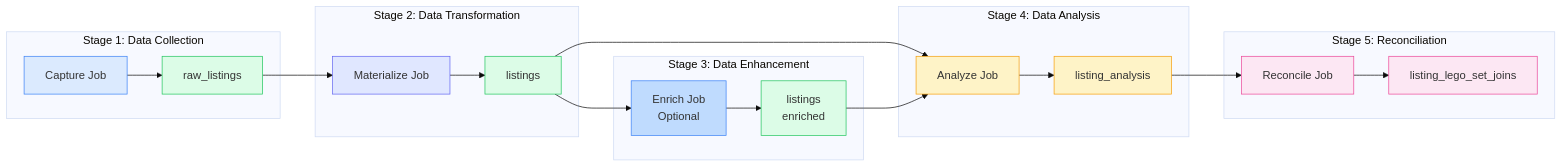
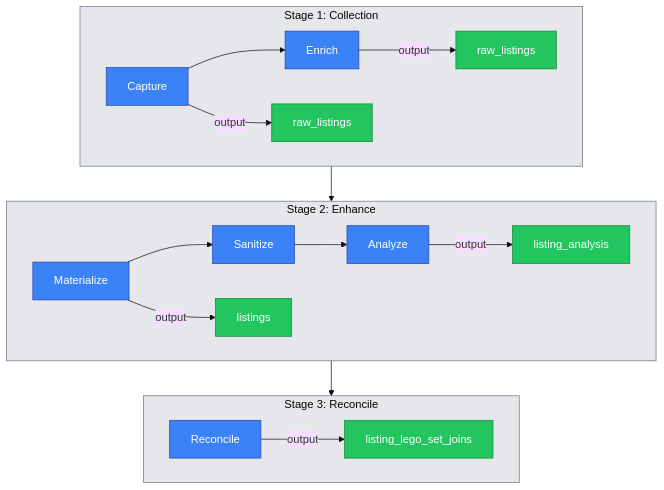
One commit to jeshuamaxey/brick-index changed the first of 3 diagrams in docs/pipeline.md. Above: the diagram before and after it, drawn with Mermaid (base theme). The commit also changed other lines of this file, not shown here.

Commit message:
docs: update pipeline diagram to show three-stage structure with jobs and outputs

````diff
--- a/docs/pipeline.md
+++ b/docs/pipeline.md
@@ -9,38 +9,46 @@
 ```mermaid
-flowchart LR
-    subgraph "Stage 1: Data Collection"
-        A[Capture Job] --> B[raw_listings]
+flowchart TB
+    subgraph Stage1["Stage 1: Collection"]
+        direction LR
+        A[Capture] 
+        B[Enrich]
+        A --> B
+        A -->|output| A1[raw_listings]
+        B -->|output| B1[raw_listings]
     end
     
-    subgraph "Stage 2: Data Transformation"
-        B --> C[Materialize Job]
-        C --> D[listings]
+    subgraph Stage2["Stage 2: Enhance"]
+        direction LR
+        C[Materialize]
+        D[Sanitize]
+        E[Analyze]
+        C --> D
+        D --> E
+        C -->|output| C1[listings]
+        E -->|output| E1[listing_analysis]
     end
     
-    subgraph "Stage 3: Data Enhancement"
-        D --> E[Enrich Job<br/>Optional]
-        E --> F[listings<br/>enriched]
+    subgraph Stage3["Stage 3: Reconcile"]
+        direction LR
+        F[Reconcile]
+        F -->|output| F1[listing_lego_set_joins]
     end
     
-    subgraph "Stage 4: Data Analysis"
-        D --> G[Analyze Job]
-        F --> G
-        G --> H[listing_analysis]
-    end
+    B --> C
+    E --> F
     
-    subgraph "Stage 5: Reconciliation"
-        H --> I[Reconcile Job]
-        I --> J[listing_lego_set_joins]
-    end
-    
-    style A fill:#dbeafe,stroke:#3b82f6
-    style C fill:#e0e7ff,stroke:#6366f1
-    style E fill:#bfdbfe,stroke:#3b82f6
-    style G fill:#fef3c7,stroke:#f59e0b
-    style I fill:#fce7f3,stroke:#ec4899
-    style B fill:#dcfce7,stroke:#22c55e
-    style D fill:#dcfce7,stroke:#22c55e
-    style F fill:#dcfce7,stroke:#22c55e
-    style H fill:#fef3c7,stroke:#f59e0b
-    style J fill:#fce7f3,stroke:#ec4899
+    style Stage1 fill:#e5e7eb,stroke:#6b7280
+    style Stage2 fill:#e5e7eb,stroke:#6b7280
+    style Stage3 fill:#e5e7eb,stroke:#6b7280
+    style A fill:#3b82f6,stroke:#1e40af,color:#fff
+    style B fill:#3b82f6,stroke:#1e40af,color:#fff
+    style C fill:#3b82f6,stroke:#1e40af,color:#fff
+    style D fill:#3b82f6,stroke:#1e40af,color:#fff
+    style E fill:#3b82f6,stroke:#1e40af,color:#fff
+    style F fill:#3b82f6,stroke:#1e40af,color:#fff
+    style A1 fill:#22c55e,stroke:#15803d,color:#fff
+    style B1 fill:#22c55e,stroke:#15803d,color:#fff
+    style C1 fill:#22c55e,stroke:#15803d,color:#fff
+    style E1 fill:#22c55e,stroke:#15803d,color:#fff
+    style F1 fill:#22c55e,stroke:#15803d,color:#fff
 ```
````
